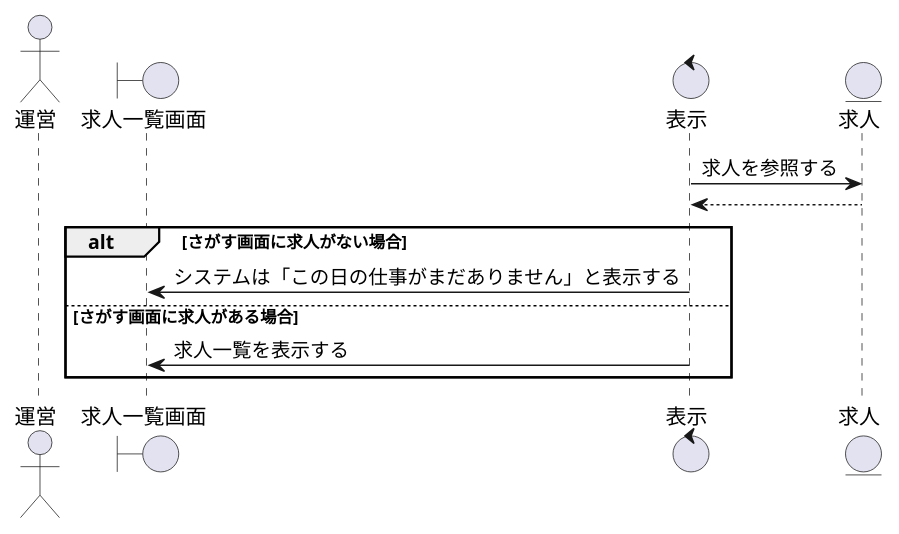
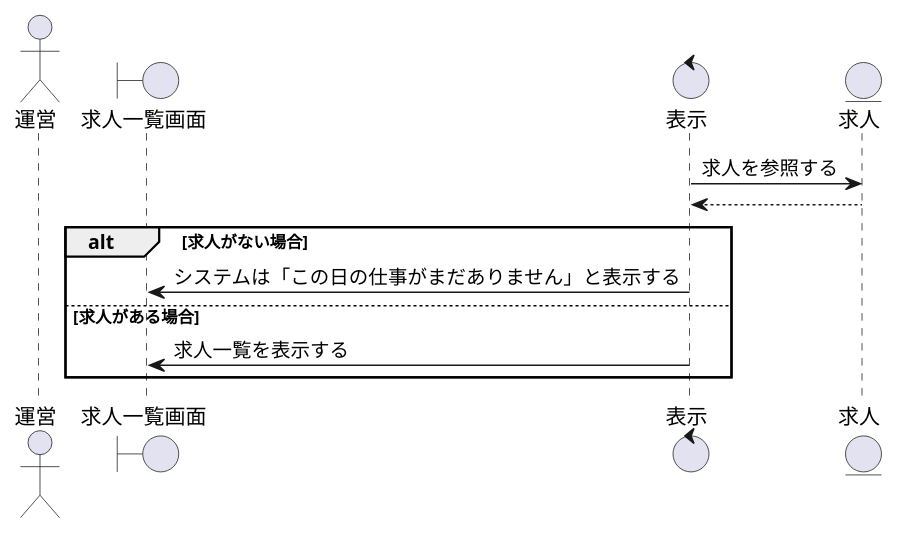
The diagram in sequence_fig/9_management_fn/4_求人の一覧を閲覧する.pu (irukacb256/high_Me), drawn with PlantUML before and after one commit. The commit also changed 4 other files, not shown here.

```diff
--- a/sequence_fig/9_management_fn/4_求人の一覧を閲覧する.pu
+++ b/sequence_fig/9_management_fn/4_求人の一覧を閲覧する.pu
@@ -1,22 +1,22 @@
 @startuml 求人の一覧を閲覧する
 
 ' 1
 actor 運営 as wo1
 boundary 求人一覧画面 as lj1
 control 表示 as co1
 
 entity 求人 as en1
 
 ' 2
 co1 -> en1 : 求人を参照する
 en1 --> co1 
 
-alt さがす画面に求人がない場合
+alt 求人がない場合
     co1 -> lj1 : システムは「この日の仕事がまだありません」と表示する
 
-else さがす画面に求人がある場合
+else 求人がある場合
     co1 -> lj1 : 求人一覧を表示する
 
 end
 
 @enduml
```
